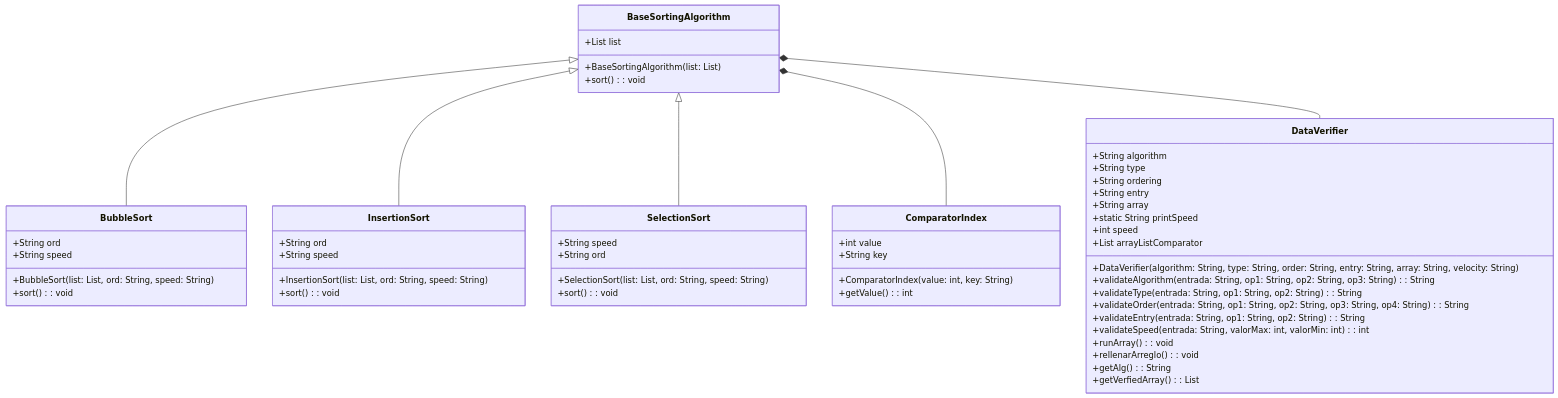
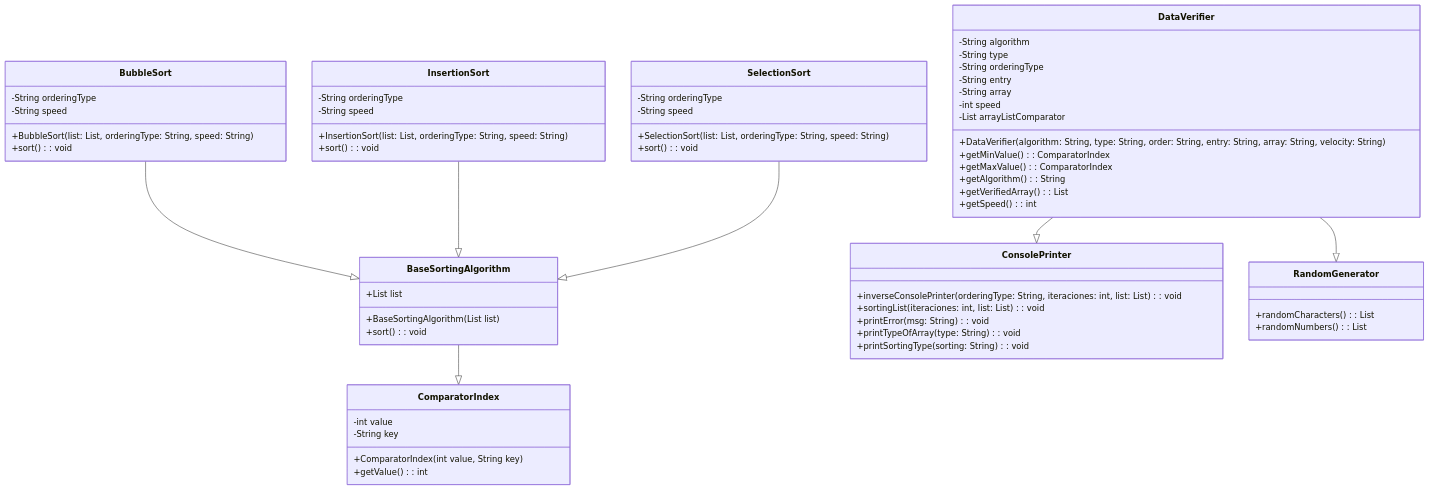
Before and after one commit to AbiMeGab/CapstoneSAVJava: the diagram in src/university.jala.sav/diagrama.mermaid, drawn with Mermaid. The commit also changed 2 other files, not shown here.

```diff
--- a/src/university.jala.sav/diagrama.mermaid
+++ b/src/university.jala.sav/diagrama.mermaid
@@ -1,61 +1,70 @@
 classDiagram
     class BaseSortingAlgorithm {
-        +List<IndiceComparador> list
-        +BaseSortingAlgorithm(list: List<IndiceComparador>)
+        +List<ComparatorIndex> list
+        +BaseSortingAlgorithm(List<ComparatorIndex> list)
         +sort(): void
     }
 
     class ComparatorIndex {
-        +int value
-        +String key
-        +ComparatorIndex(value: int, key: String)
+        -int value
+        -String key
+        +ComparatorIndex(int value, String key)
         +getValue(): int
     }
 
+    class ConsolePrinter {
+        +inverseConsolePrinter(orderingType: String, iteraciones: int, list: List<ComparatorIndex>): void
+        +sortingList(iteraciones: int, list: List<ComparatorIndex>): void
+        +printError(msg: String): void
+        +printTypeOfArray(type: String): void
+        +printSortingType(sorting: String): void
+    }
+
     class DataVerifier {
-+String algorithm
-+String type
-+String ordering
-+String entry
-+String array
-+static String printSpeed
-+int speed
-+List<ComparatorIndex> arrayListComparator
+-String algorithm
+-String type
+-String orderingType
+-String entry
+-String array
+-int speed
+-List<ComparatorIndex> arrayListComparator
 +DataVerifier(algorithm: String, type: String, order: String, entry: String, array: String, velocity: String)
-+validateAlgorithm(entrada: String, op1: String, op2: String, op3: String): String
-+validateType(entrada: String, op1: String, op2: String): String
-+validateOrder(entrada: String, op1: String, op2: String, op3: String, op4: String): String
-+validateEntry(entrada: String, op1: String, op2: String): String
-+validateSpeed(entrada: String, valorMax: int, valorMin: int): int
-+runArray(): void
-+rellenarArreglo(): void
-+getAlg(): String
-+getVerfiedArray(): List<ComparatorIndex>
++getMinValue(): ComparatorIndex
++getMaxValue(): ComparatorIndex
++getAlgorithm(): String
++getVerifiedArray(): List<ComparatorIndex>
++getSpeed(): int
 }
 
+class RandomGenerator {
++randomCharacters(): List<ComparatorIndex>
++randomNumbers(): List<ComparatorIndex>
+    }
+
 class BubbleSort {
-+String ord
-+String speed
-+BubbleSort(list: List<ComparatorIndex>, ord: String, speed: String)
+-String orderingType
+-String speed
++BubbleSort(list: List<ComparatorIndex>, orderingType: String, speed: String)
 +sort(): void
 }
 
 class InsertionSort {
-+String ord
-+String speed
-+InsertionSort(list: List<ComparatorIndex>, ord: String, speed: String)
+-String orderingType
+-String speed
++InsertionSort(list: List<ComparatorIndex>, orderingType: String, speed: String)
 +sort(): void
 }
 
 class SelectionSort {
-+String speed
-+String ord
-+SelectionSort(list: List<ComparatorIndex>, ord: String, speed: String)
+-String orderingType
+-String speed
++SelectionSort(list: List<ComparatorIndex>, orderingType: String, speed: String)
 +sort(): void
 }
 
-BaseSortingAlgorithm <|-- BubbleSort
-BaseSortingAlgorithm <|-- InsertionSort
-BaseSortingAlgorithm <|-- SelectionSort
-BaseSortingAlgorithm *-- ComparatorIndex
-BaseSortingAlgorithm *-- DataVerifier
+BaseSortingAlgorithm --|> ComparatorIndex
+BubbleSort --|> BaseSortingAlgorithm
+InsertionSort --|> BaseSortingAlgorithm
+SelectionSort --|> BaseSortingAlgorithm
+DataVerifier --|> ConsolePrinter
+DataVerifier --|> RandomGenerator
```
